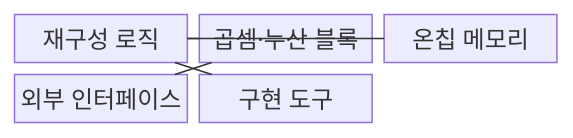
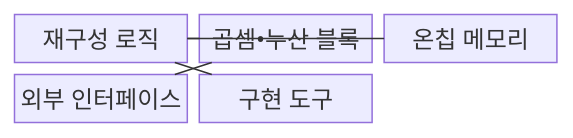
The first of 2 diagrams in src/content/docs/notes/08-latest-tech/143_fpga_ai_acceleration.md (agnusdei1207/knowledge-base), drawn with Mermaid before and after one commit. The commit also changed other lines of this file and 953 other files, not shown here.

````diff
--- a/src/content/docs/notes/08-latest-tech/143_fpga_ai_acceleration.md
+++ b/src/content/docs/notes/08-latest-tech/143_fpga_ai_acceleration.md
@@ -69,13 +69,13 @@
 ```mermaid
 block-beta
   columns 3
   A["재구성 로직"]
-  B["곱셈·누산 블록"]
+  B["곱셈•누산 블록"]
   C["온칩 메모리"]
   D["외부 인터페이스"]
   E["구현 도구"]
   A --- B
   A --- C
   B --- D
   E --- A
 ```
````
